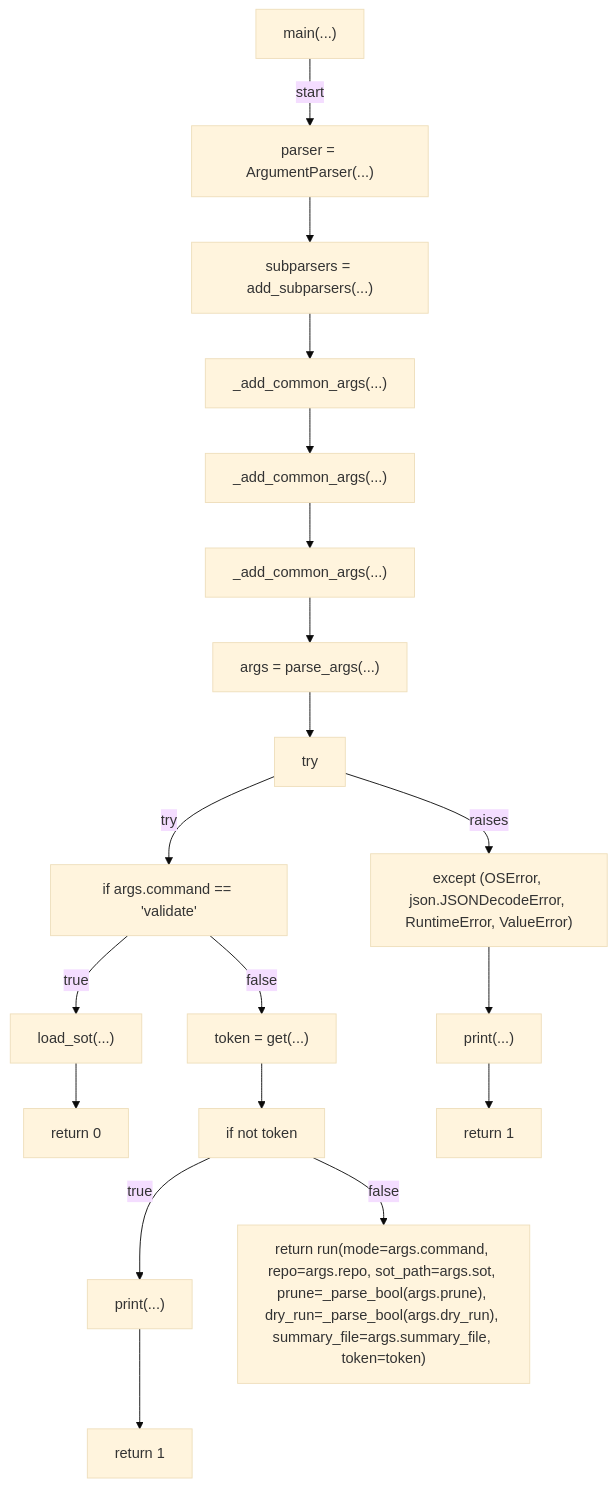
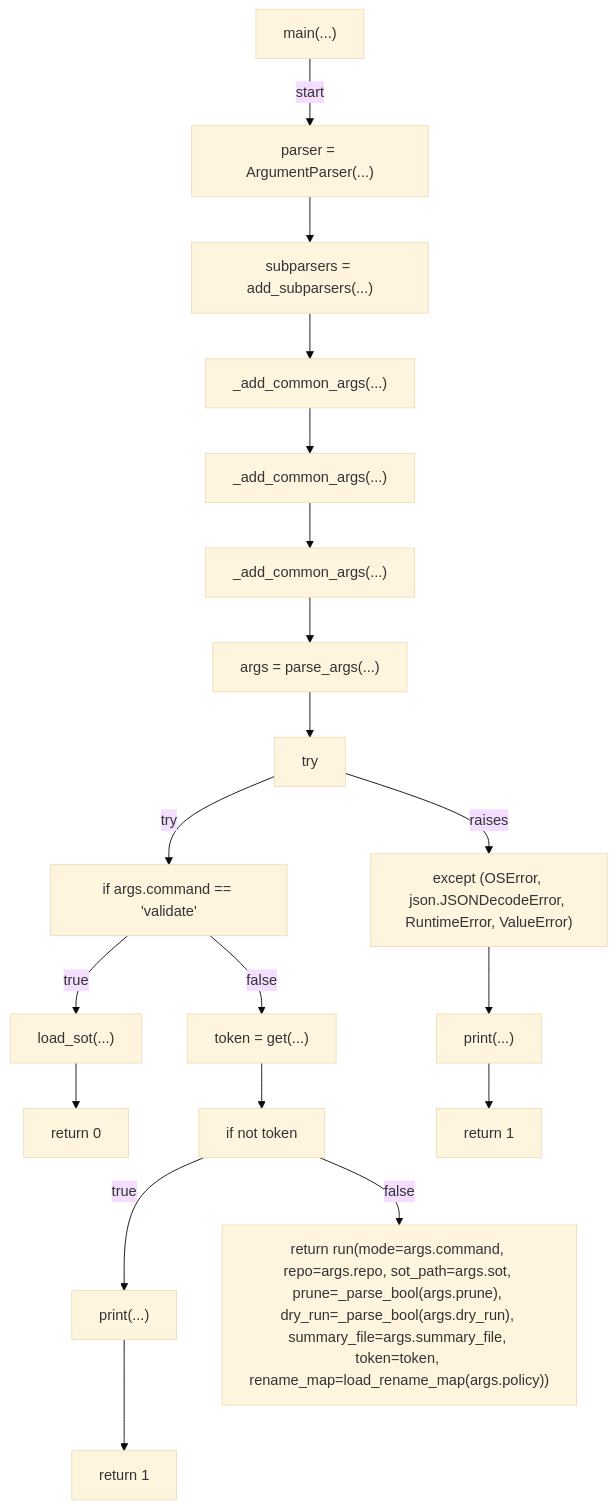
Before and after one commit to tvna/claude-md: the ninth of 17 diagrams in docs/generated/scripts/ast/labels_apply.md, drawn with Mermaid (base theme). The commit also changed other lines of this file and 2 other files, not shown here.

First line of the commit message:
docs(generated): regenerate decision tree and workflow diagrams

````diff
--- a/docs/generated/scripts/ast/labels_apply.md
+++ b/docs/generated/scripts/ast/labels_apply.md
@@ -144,40 +171,40 @@
 ```mermaid
 flowchart TD
     N001["main(...)"]
     N002["parser = ArgumentParser(...)"]
     N003["subparsers = add_subparsers(...)"]
     N004["_add_common_args(...)"]
     N005["_add_common_args(...)"]
     N006["_add_common_args(...)"]
     N007["args = parse_args(...)"]
     N008["try"]
     N009["if args.command == 'validate'"]
     N010["load_sot(...)"]
     N011["return 0"]
     N012["token = get(...)"]
     N013["if not token"]
     N014["print(...)"]
     N015["return 1"]
-    N016["return run(mode=args.command, repo=args.repo, sot_path=args.sot, prune=_parse_bool(args.prune), dry_run=_parse_bool(args.dry_run), summary_file=args.summary_file, token=token)"]
+    N016["return run(mode=args.command, repo=args.repo, sot_path=args.sot, prune=_parse_bool(args.prune), dry_run=_parse_bool(args.dry_run), summary_file=args.summary_file, token=token, rename_map=load_rename_map(args.policy))"]
     N017["except (OSError, json.JSONDecodeError, RuntimeError, ValueError)"]
     N018["print(...)"]
     N019["return 1"]
     N001 -->|"start"| N002
     N002 --> N003
     N003 --> N004
     N004 --> N005
     N005 --> N006
     N006 --> N007
     N007 --> N008
     N008 -->|"try"| N009
     N009 -->|"true"| N010
     N010 --> N011
     N009 -->|"false"| N012
     N012 --> N013
     N013 -->|"true"| N014
     N014 --> N015
     N013 -->|"false"| N016
     N008 -->|"raises"| N017
     N017 --> N018
     N018 --> N019
 ```
````
